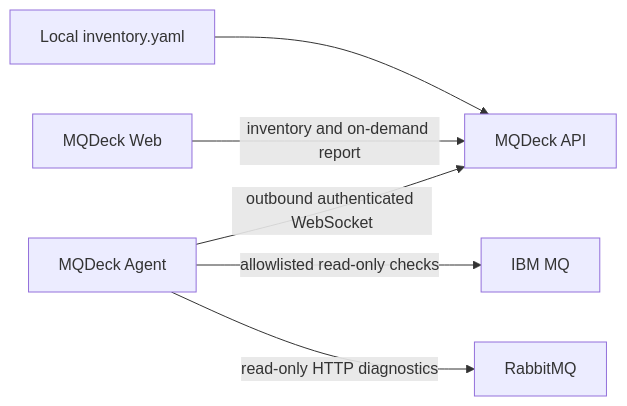
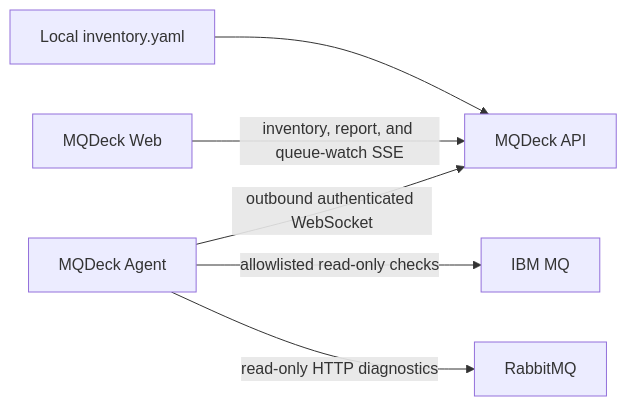
Before and after one commit to mqdeck/mqdeck: the diagram in README.md, drawn with Mermaid. The commit also changed other lines of this file and 6 other files, not shown here.

Commit message:
docs: document queue watch in 1.0.12

````diff
--- a/README.md
+++ b/README.md
@@ -13,8 +13,8 @@
 ```mermaid
 flowchart LR
     YAML["Local inventory.yaml"] --> API["MQDeck API"]
-    WEB["MQDeck Web"] -->|"inventory and on-demand report"| API
+    WEB["MQDeck Web"] -->|"inventory, report, and queue-watch SSE"| API
     AGENT["MQDeck Agent"] -->|"outbound authenticated WebSocket"| API
     AGENT -->|"allowlisted read-only checks"| IBM["IBM MQ"]
     AGENT -->|"read-only HTTP diagnostics"| RMQ["RabbitMQ"]
 ```
````
